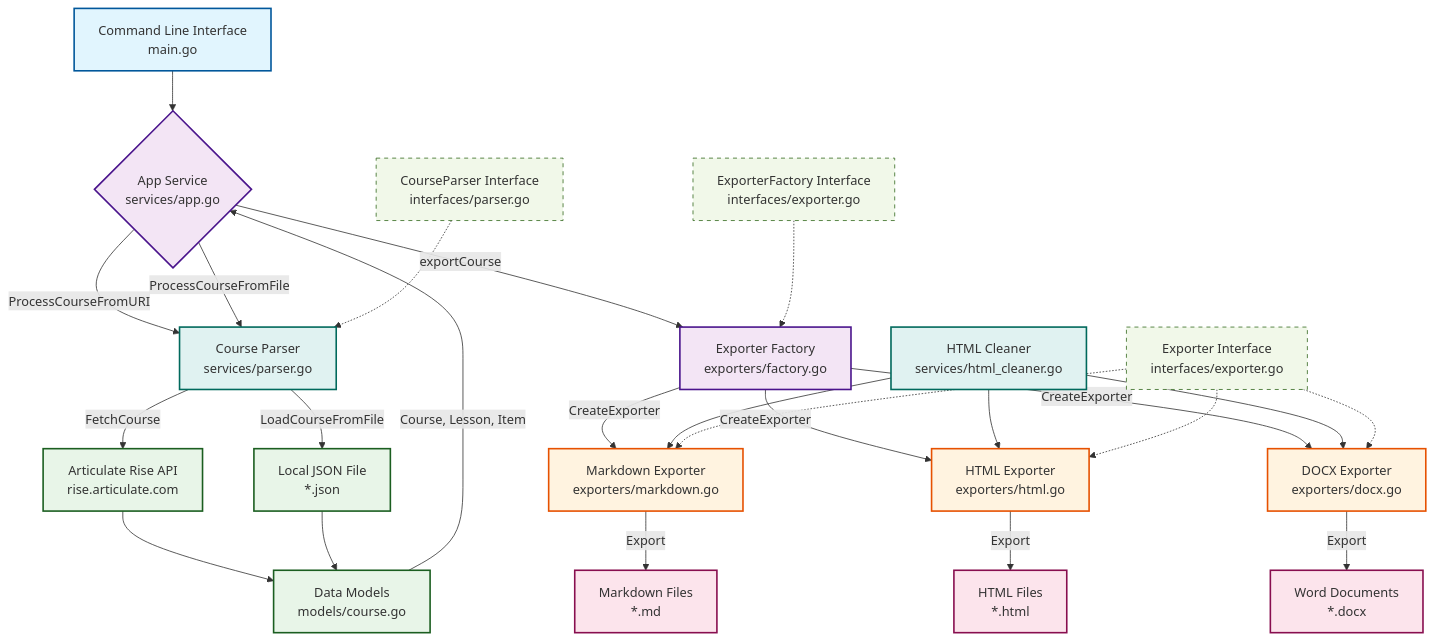
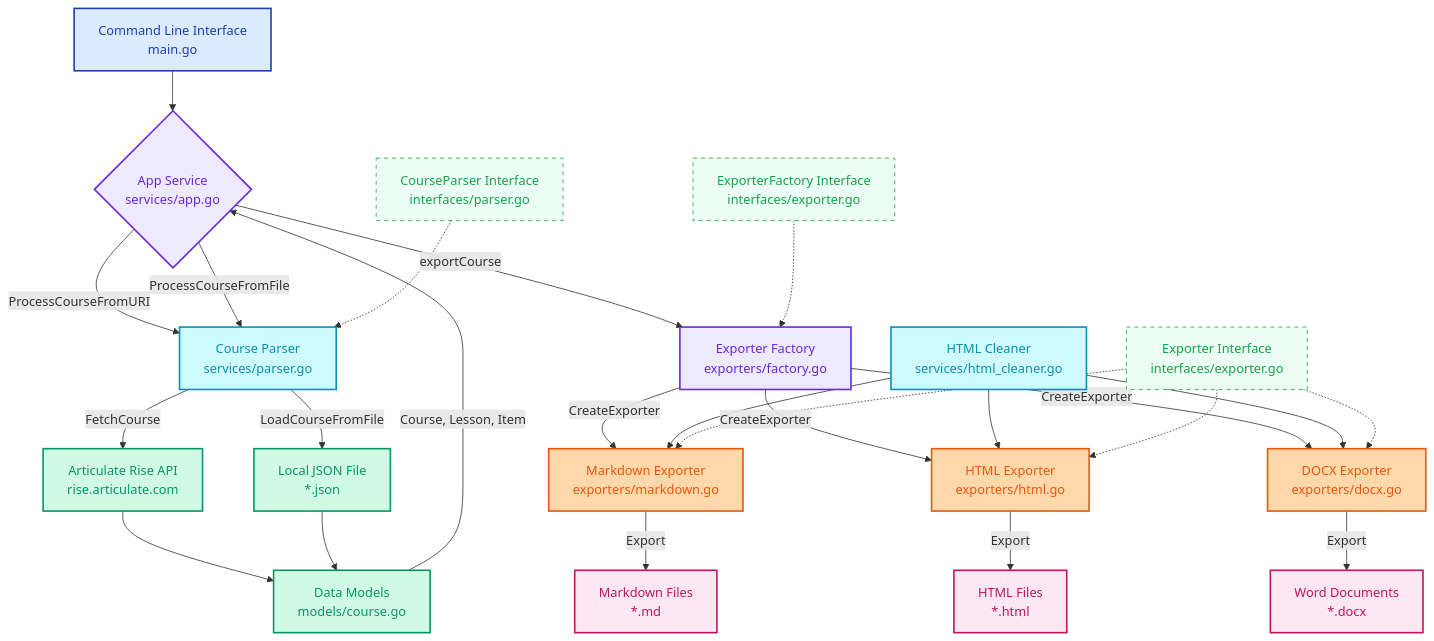
The diagram in README.md (kjanat/articulate-parser), drawn with Mermaid before and after one commit. The commit also changed 1 other file, not shown here.

Commit message:
Updates version and improves diagram styling
Bumps application version to 0.3.0 for new features or fixes.
Enhances README diagram styling for better readability in both
light and dark GitHub themes by adjusting colors and adding
text color contrast.

````diff
--- a/README.md
+++ b/README.md
@@ -7,58 +7,57 @@
 ```mermaid
 flowchart TD
     %% User Input
     CLI[Command Line Interface<br/>main.go] --> APP{App Service<br/>services/app.go}
     
     %% Core Application Logic
     APP --> |"ProcessCourseFromURI"| PARSER[Course Parser<br/>services/parser.go]
     APP --> |"ProcessCourseFromFile"| PARSER
     APP --> |"exportCourse"| FACTORY[Exporter Factory<br/>exporters/factory.go]
     
     %% Data Sources
     PARSER --> |"FetchCourse"| API[Articulate Rise API<br/>rise.articulate.com]
     PARSER --> |"LoadCourseFromFile"| FILE[Local JSON File<br/>*.json]
     
     %% Data Models
     API --> MODELS[Data Models<br/>models/course.go]
     FILE --> MODELS
     MODELS --> |Course, Lesson, Item| APP
     
     %% Export Factory Pattern
     FACTORY --> |"CreateExporter"| MARKDOWN[Markdown Exporter<br/>exporters/markdown.go]
     FACTORY --> |"CreateExporter"| HTML[HTML Exporter<br/>exporters/html.go]
     FACTORY --> |"CreateExporter"| DOCX[DOCX Exporter<br/>exporters/docx.go]
     
     %% HTML Cleaning Service
     CLEANER[HTML Cleaner<br/>services/html_cleaner.go] --> MARKDOWN
     CLEANER --> HTML
     CLEANER --> DOCX
     
     %% Output Files
     MARKDOWN --> |"Export"| MD_OUT[Markdown Files<br/>*.md]
     HTML --> |"Export"| HTML_OUT[HTML Files<br/>*.html]
     DOCX --> |"Export"| DOCX_OUT[Word Documents<br/>*.docx]
     
     %% Interfaces (Contracts)
     IPARSER[CourseParser Interface<br/>interfaces/parser.go] -.-> PARSER
     IEXPORTER[Exporter Interface<br/>interfaces/exporter.go] -.-> MARKDOWN
     IEXPORTER -.-> HTML
     IEXPORTER -.-> DOCX
     IFACTORY[ExporterFactory Interface<br/>interfaces/exporter.go] -.-> FACTORY
-    
-    %% Styling
-    classDef userInput fill:#e1f5fe,stroke:#01579b,stroke-width:2px
-    classDef coreLogic fill:#f3e5f5,stroke:#4a148c,stroke-width:2px
-    classDef dataSource fill:#e8f5e8,stroke:#1b5e20,stroke-width:2px
-    classDef exporter fill:#fff3e0,stroke:#e65100,stroke-width:2px
-    classDef output fill:#fce4ec,stroke:#880e4f,stroke-width:2px
-    classDef interface fill:#f1f8e9,stroke:#33691e,stroke-width:1px,stroke-dasharray: 5 5
-    classDef service fill:#e0f2f1,stroke:#00695c,stroke-width:2px
+      %% Styling - Colors that work in both light and dark GitHub themes
+    classDef userInput fill:#dbeafe,stroke:#1e40af,stroke-width:2px,color:#1e40af
+    classDef coreLogic fill:#ede9fe,stroke:#6d28d9,stroke-width:2px,color:#6d28d9
+    classDef dataSource fill:#d1fae5,stroke:#059669,stroke-width:2px,color:#059669
+    classDef exporter fill:#fed7aa,stroke:#ea580c,stroke-width:2px,color:#ea580c
+    classDef output fill:#fce7f3,stroke:#be185d,stroke-width:2px,color:#be185d
+    classDef interface fill:#ecfdf5,stroke:#16a34a,stroke-width:1px,stroke-dasharray: 5 5,color:#16a34a
+    classDef service fill:#cffafe,stroke:#0891b2,stroke-width:2px,color:#0891b2
     
     class CLI userInput
     class APP,FACTORY coreLogic
     class API,FILE,MODELS dataSource
     class MARKDOWN,HTML,DOCX exporter
     class MD_OUT,HTML_OUT,DOCX_OUT output
     class IPARSER,IEXPORTER,IFACTORY interface
     class PARSER,CLEANER service
 ```
````
